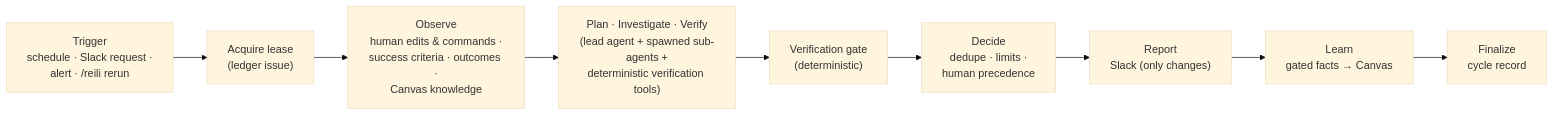
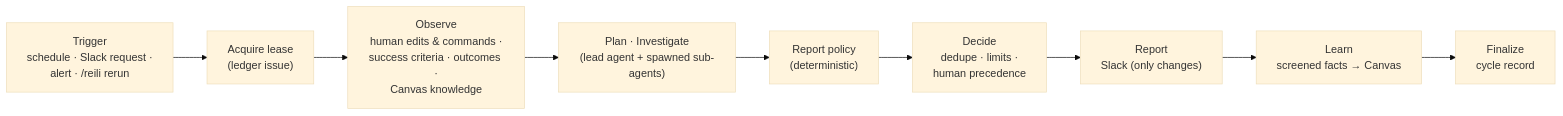
The diagram in docs/autonomy.md (reilidev/reili), drawn with Mermaid (base theme) before and after one commit. The commit also changed other lines of this file and 50 other files, not shown here.

````diff
--- a/docs/autonomy.md
+++ b/docs/autonomy.md
@@ -122,11 +121,11 @@
 ```mermaid
 flowchart LR
     T["Trigger<br/>schedule · Slack request ·<br/>alert · /reili rerun"] --> L["Acquire lease<br/>(ledger issue)"]
     L --> O["Observe<br/>human edits & commands ·<br/>success criteria · outcomes ·<br/>Canvas knowledge"]
-    O --> I["Plan · Investigate · Verify<br/>(lead agent + spawned sub-agents +<br/>deterministic verification tools)"]
-    I --> G["Verification gate<br/>(deterministic)"]
+    O --> I["Plan · Investigate<br/>(lead agent + spawned sub-agents)"]
+    I --> G["Report policy<br/>(deterministic)"]
     G --> D["Decide<br/>dedupe · limits ·<br/>human precedence"]
     D --> R["Report<br/>Slack (only changes)"]
-    R --> K["Learn<br/>gated facts → Canvas"]
+    R --> K["Learn<br/>screened facts → Canvas"]
     K --> F["Finalize<br/>cycle record"]
 ```
````
